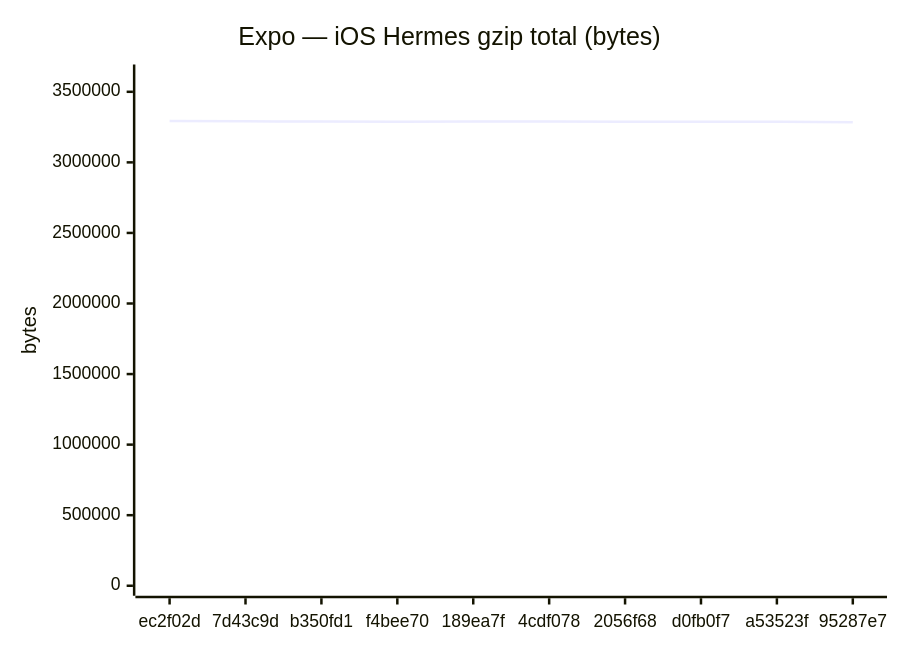
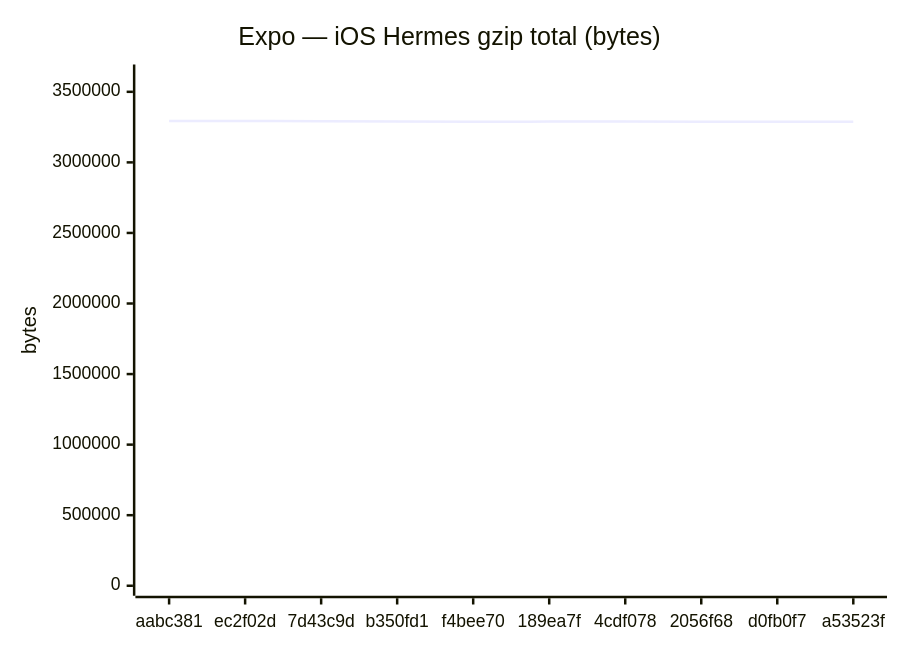
Before and after one commit to Metaheurist/Rianell: the sixth of 18 diagrams in benchmarks/compare.md, drawn with Mermaid. The commit also changed other lines of this file and 11 other files, not shown here.

````diff
--- a/benchmarks/compare.md
+++ b/benchmarks/compare.md
@@ -96,7 +96,7 @@
 ```mermaid
 xychart-beta
     title "Expo — iOS Hermes gzip total (bytes)"
-    x-axis ["ec2f02d", "7d43c9d", "b350fd1", "f4bee70", "189ea7f", "4cdf078", "2056f68", "d0fb0f7", "a53523f", "95287e7"]
-    y-axis "bytes" 0 --> 3622646
-    line [3293314, 3291396, 3288856, 3288399, 3288861, 3288877, 3288270, 3288272, 3288270, 3283767]
+    x-axis ["aabc381", "ec2f02d", "7d43c9d", "b350fd1", "f4bee70", "189ea7f", "4cdf078", "2056f68", "d0fb0f7", "a53523f"]
+    y-axis "bytes" 0 --> 3622750
+    line [3293409, 3293314, 3291396, 3288856, 3288399, 3288861, 3288877, 3288270, 3288272, 3288270]
 ```
````
